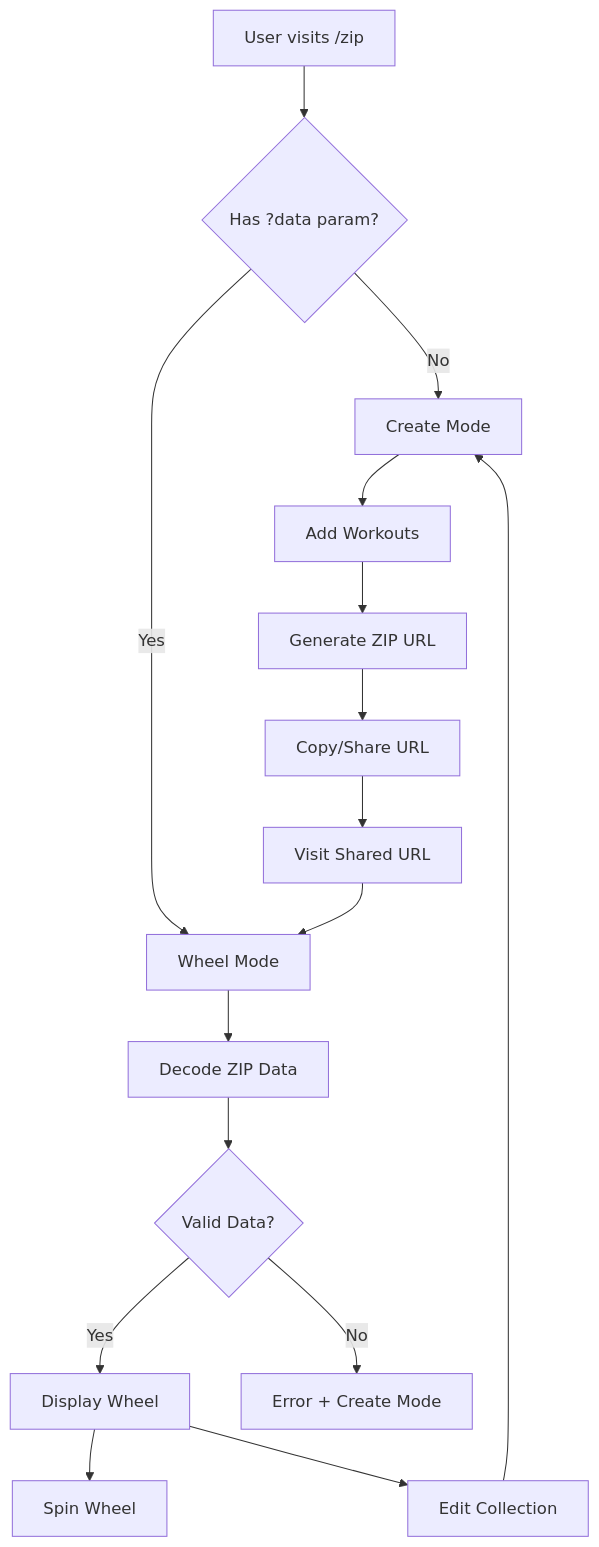
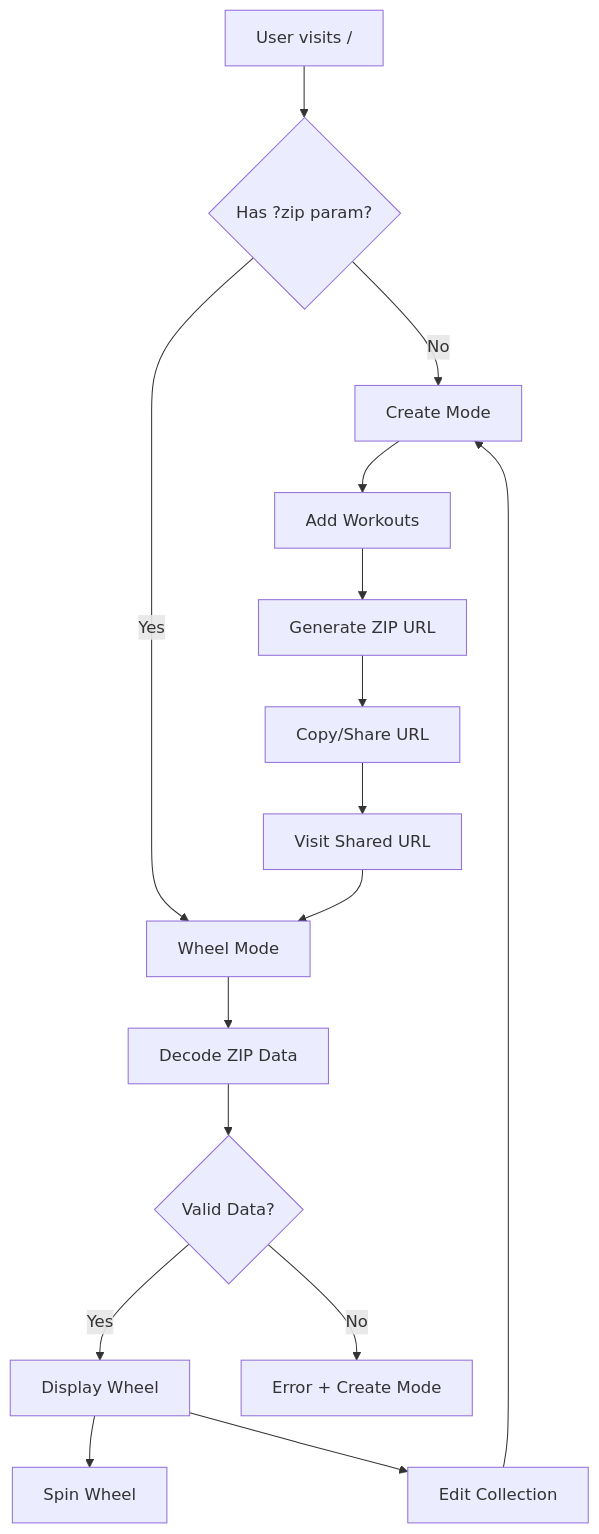
Before and after one commit to SergeiGolos/wheel-of-gains: the diagram in .spec/zip-file-loader/design.md, drawn with Mermaid. The commit also changed other lines of this file and 1 other file, not shown here.

````diff
--- a/.spec/zip-file-loader/design.md
+++ b/.spec/zip-file-loader/design.md
@@ -154,21 +172,21 @@
 ```mermaid
 graph TD
-    A[User visits /zip] --> B{Has ?data param?}
+    A[User visits /] --> B{Has ?zip param?}
     B -->|No| C[Create Mode]
     B -->|Yes| D[Wheel Mode]
     
     C --> E[Add Workouts]
     E --> F[Generate ZIP URL]
     F --> G[Copy/Share URL]
     G --> H[Visit Shared URL]
     H --> D
     
     D --> I[Decode ZIP Data]
     I --> J{Valid Data?}
     J -->|Yes| K[Display Wheel]
     J -->|No| L[Error + Create Mode]
     
     K --> M[Spin Wheel]
     K --> N[Edit Collection]
     N --> C
 ```
````
